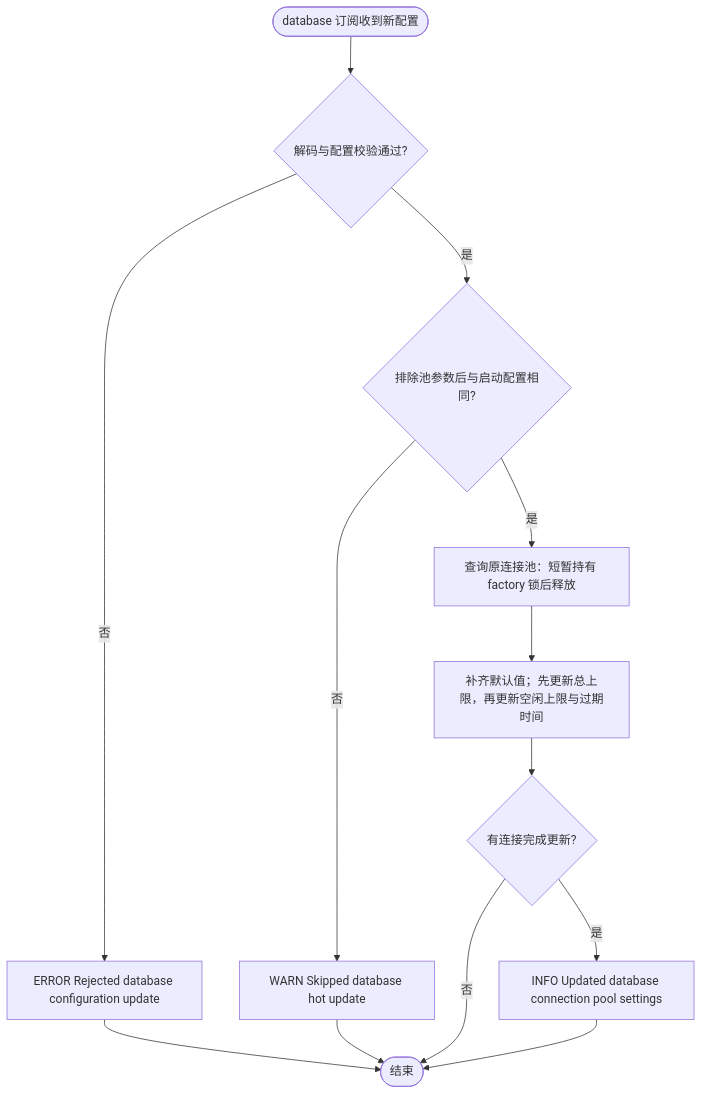
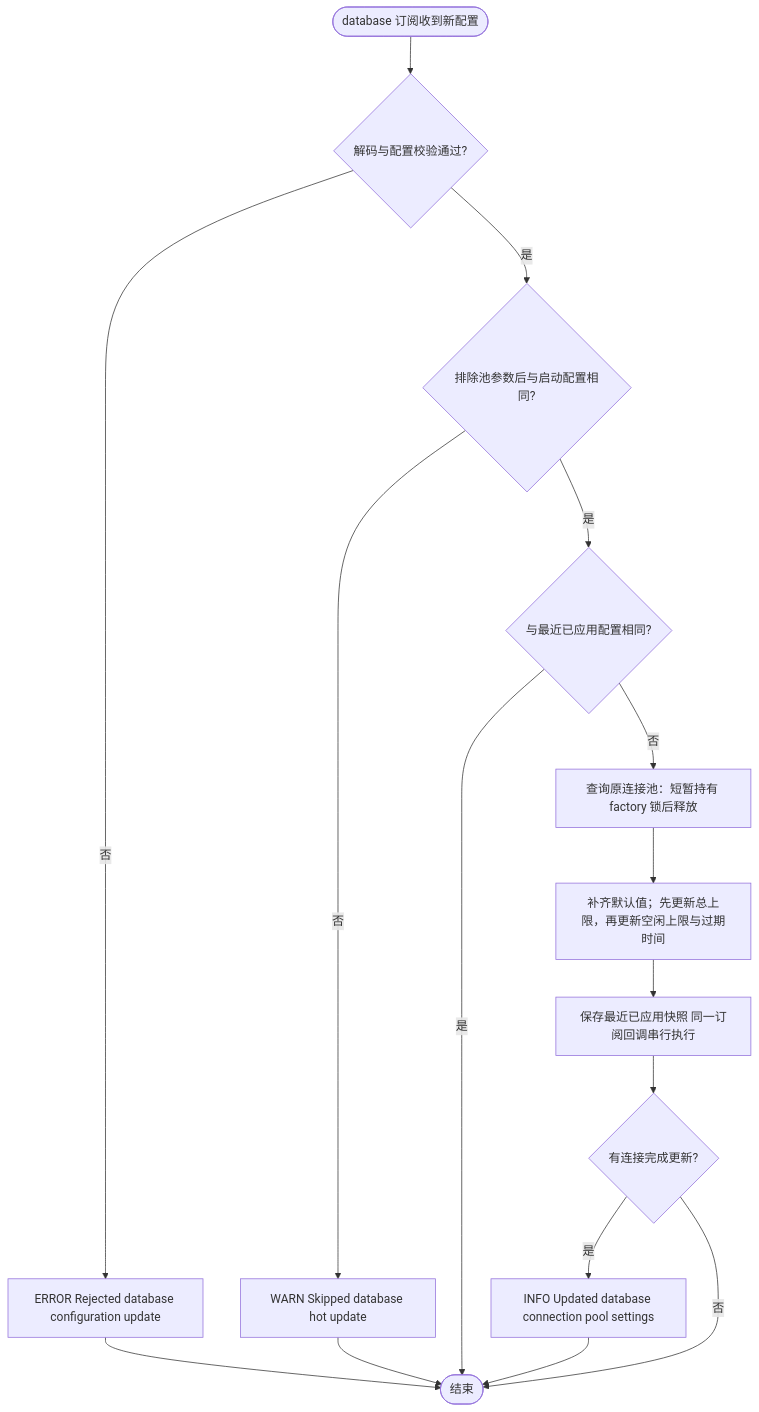
The sixth of 10 diagrams in pkg/database/README.md (jaggerzhuang1994/kratos-foundation), drawn with Mermaid before and after one commit. The commit also changed other lines of this file and 8 other files, not shown here.

````diff
--- a/pkg/database/README.md
+++ b/pkg/database/README.md
@@ -157,15 +174,18 @@
 ```mermaid
 flowchart TD
     A([database 订阅收到新配置]) --> B{解码与配置校验通过?}
     B -- 否 --> C[ERROR Rejected database configuration update]
     B -- 是 --> D{排除池参数后与启动配置相同?}
     D -- 否 --> E[WARN Skipped database hot update]
-    D -- 是 --> F[查询原连接池：短暂持有 factory 锁后释放]
+    D -- 是 --> D1{与最近已应用配置相同?}
+    D1 -- 是 --> I
+    D1 -- 否 --> F[查询原连接池：短暂持有 factory 锁后释放]
     F --> G[补齐默认值；先更新总上限，再更新空闲上限与过期时间]
-    G --> H{有连接完成更新?}
+    G --> G1[保存最近已应用快照 同一订阅回调串行执行]
+    G1 --> H{有连接完成更新?}
     H -- 是 --> J[INFO Updated database connection pool settings]
     C --> I([结束])
     E --> I
     H -- 否 --> I
     J --> I
 ```
````
